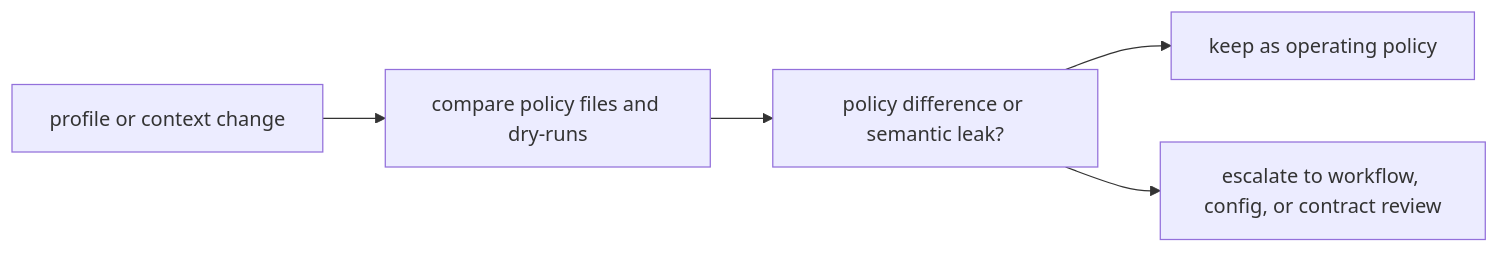
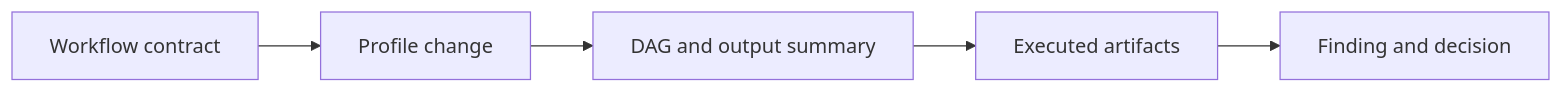
The first of 2 diagrams in programs/reproducible-research/deep-dive-snakemake/course-book/module-08-operating-contexts-execution-policy/reviewing-operating-context-drift-and-policy-leaks.md (bijux/bijux-masterclass), drawn with Mermaid before and after one commit. The commit also changed other lines of this file, not shown here.

Commit message:
docs(snakemake): teach discriminating context review

````diff
--- a/programs/reproducible-research/deep-dive-snakemake/course-book/module-08-operating-contexts-execution-policy/reviewing-operating-context-drift-and-policy-leaks.md
+++ b/programs/reproducible-research/deep-dive-snakemake/course-book/module-08-operating-contexts-execution-policy/reviewing-operating-context-drift-and-policy-leaks.md
@@ -69,7 +41,10 @@
 ```mermaid
 flowchart LR
-  change["profile or context change"] --> compare["compare policy files and dry-runs"]
-  compare --> classify["policy difference or semantic leak?"]
-  classify --> keep["keep as operating policy"]
-  classify --> escalate["escalate to workflow, config, or contract review"]
+  contract["Workflow contract"]
+  profile["Profile change"]
+  plan["DAG and output summary"]
+  run["Executed artifacts"]
+  gate["Finding and decision"]
+
+  contract --> profile --> plan --> run --> gate
 ```
````
